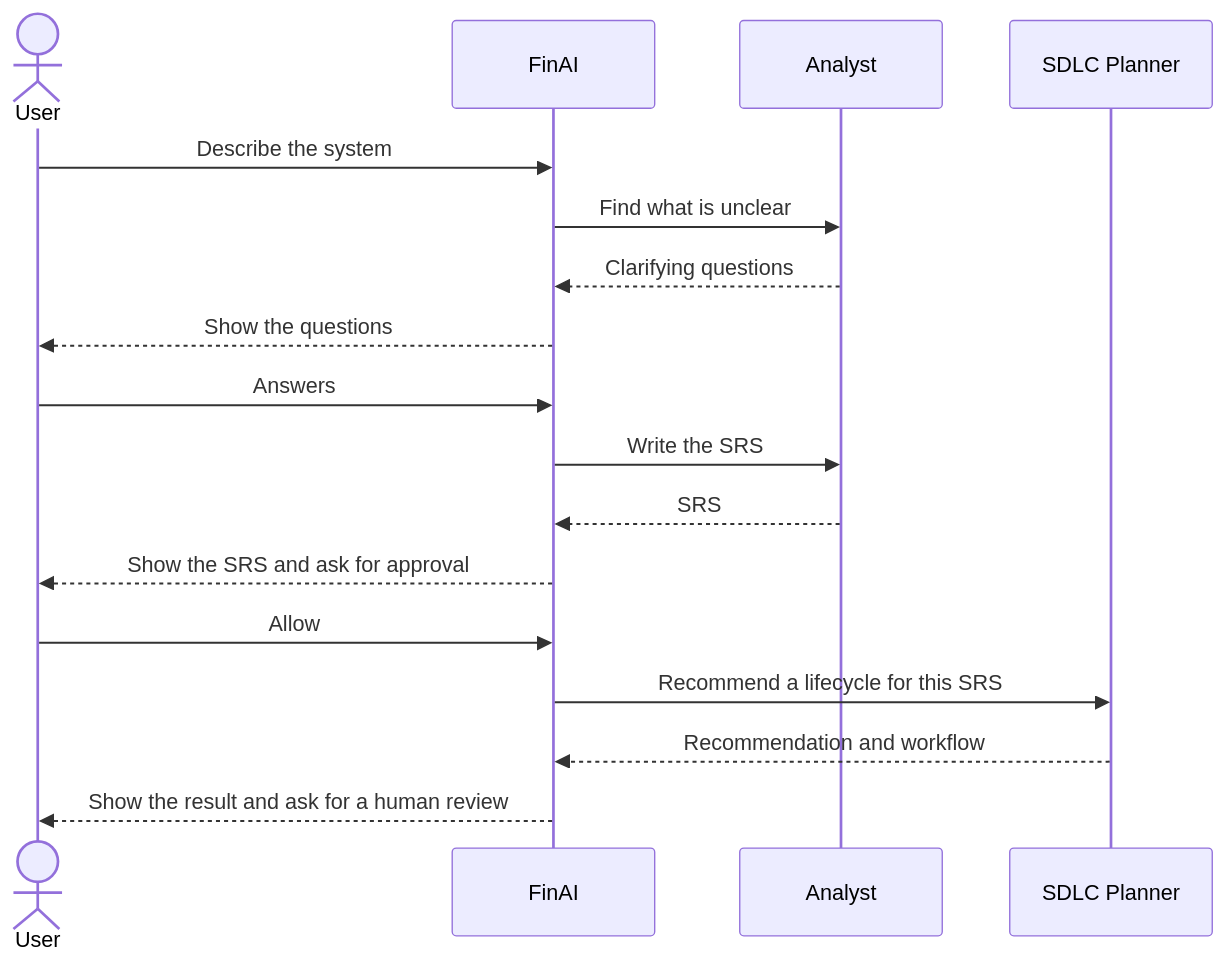
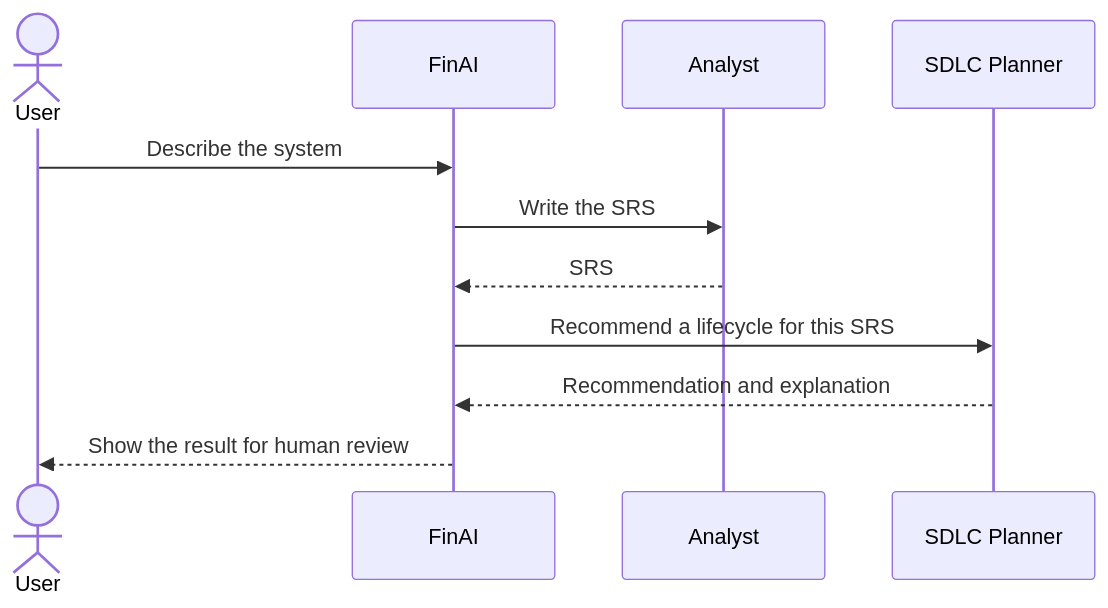
The second of 2 diagrams in README.md (kpramithrai/FinAI), drawn with Mermaid before and after one commit. The commit also changed other lines of this file and 9 other files, not shown here.

````diff
--- a/README.md
+++ b/README.md
@@ -110,19 +110,13 @@
 ```mermaid
 sequenceDiagram
   actor U as User
   participant F as FinAI
   participant A as Analyst
   participant S as SDLC Planner
   U->>F: Describe the system
-  F->>A: Find what is unclear
-  A-->>F: Clarifying questions
-  F-->>U: Show the questions
-  U->>F: Answers
   F->>A: Write the SRS
   A-->>F: SRS
-  F-->>U: Show the SRS and ask for approval
-  U->>F: Allow
   F->>S: Recommend a lifecycle for this SRS
-  S-->>F: Recommendation and workflow
-  F-->>U: Show the result and ask for a human review
+  S-->>F: Recommendation and explanation
+  F-->>U: Show the result for human review
 ```
````
